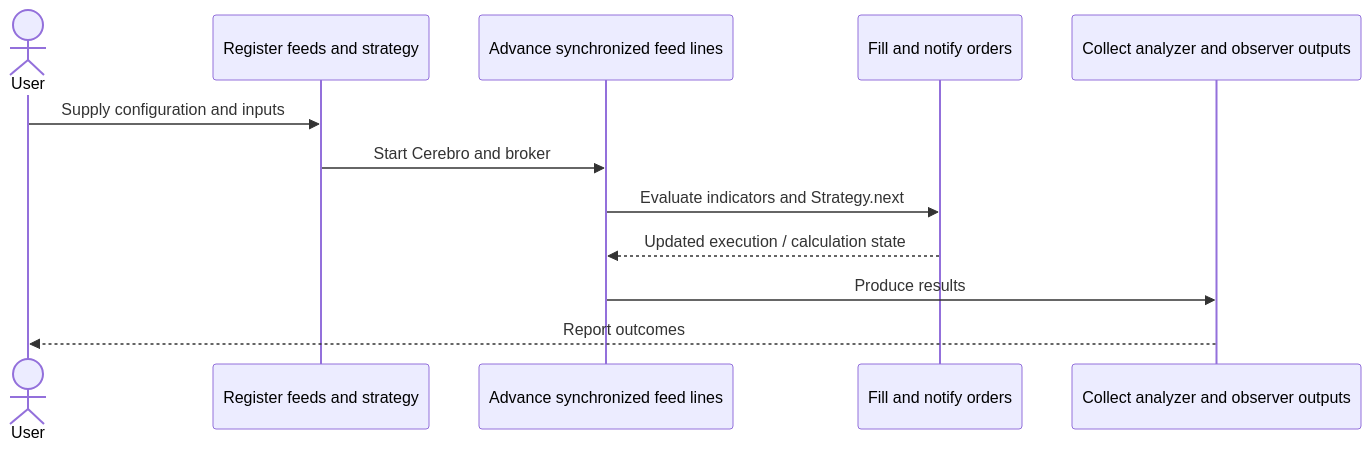
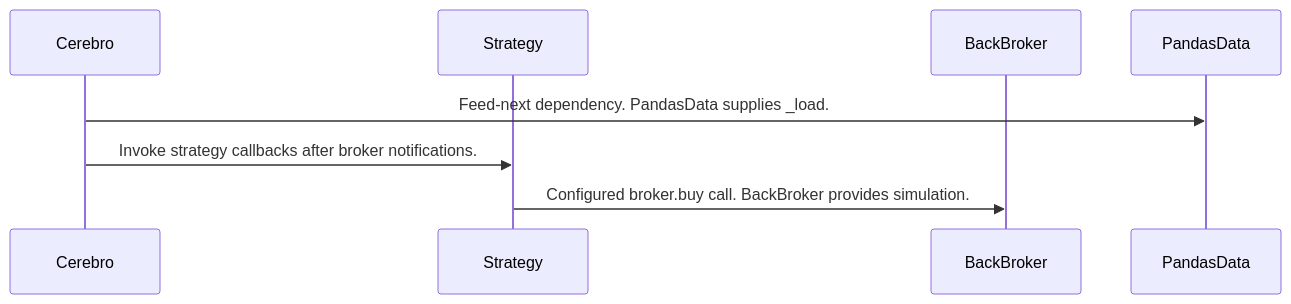
The fourth of 4 diagrams in docs/ayu-develop.md (alexcwyu/backtrader), drawn with Mermaid before and after one commit. The commit also changed other lines of this file and 13 other files, not shown here.

Commit message:
docs: standardize source-reviewed system guides and offline diagrams

````diff
--- a/docs/ayu-develop.md
+++ b/docs/ayu-develop.md
@@ -132,14 +149,10 @@
 ```mermaid
 sequenceDiagram
-    actor User
-    participant Entry as Register feeds and strategy
-    participant Process as Advance synchronized feed lines
-    participant State as Fill and notify orders
-    participant Output as Collect analyzer and observer outputs
-    User->>Entry: Supply configuration and inputs
-    Entry->>Process: Start Cerebro and broker
-    Process->>State: Evaluate indicators and Strategy.next
-    State-->>Process: Updated execution / calculation state
-    Process->>Output: Produce results
-    Output-->>User: Report outcomes
+  participant N0 as Cerebro
+  participant N1 as Strategy
+  participant N2 as BackBroker
+  participant N3 as PandasData
+  N0->>N3: Feed-next dependency. PandasData supplies _load.
+  N0->>N1: Invoke strategy callbacks after broker notifications.
+  N1->>N2: Configured broker.buy call. BackBroker provides simulation.
 ```
````
